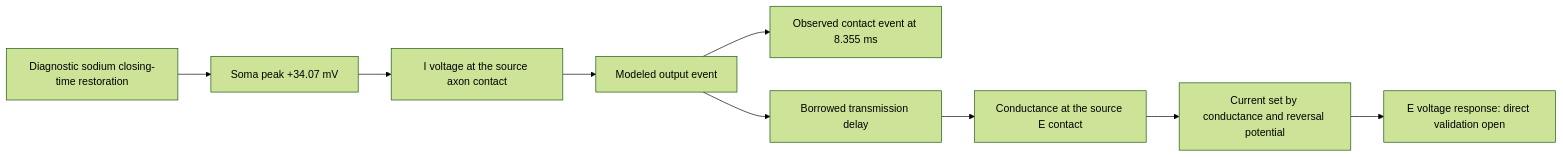
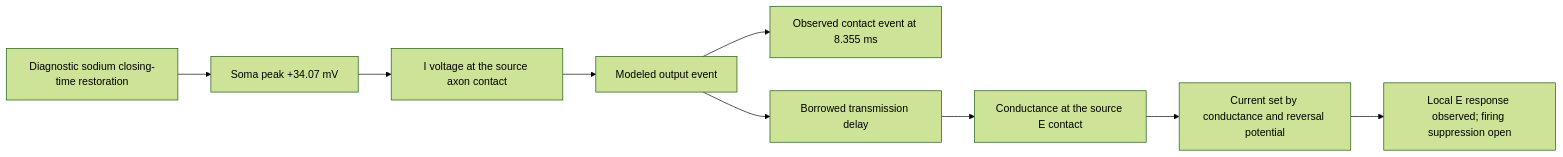
Before and after one commit to mithridatic/braintrace: the tenth of 10 diagrams in docs/h01-causal-model.md, drawn with Mermaid (forest theme). The commit also changed other lines of this file and 11 other files, not shown here.

````diff
--- a/docs/h01-causal-model.md
+++ b/docs/h01-causal-model.md
@@ -622,11 +615,11 @@
 ```mermaid
 flowchart LR
     G[Diagnostic sodium closing-time restoration] --> P[Soma peak +34.07 mV]
     P --> A
     A[I voltage at the source axon contact] --> B[Modeled output event]
     B --> T[Observed contact event at 8.355 ms]
     B --> C[Borrowed transmission delay]
     C --> D[Conductance at the source E contact]
     D --> E[Current set by conductance and reversal potential]
-    E --> F[E voltage response: direct validation open]
+    E --> F[Local E response observed; firing suppression open]
 ```
````
